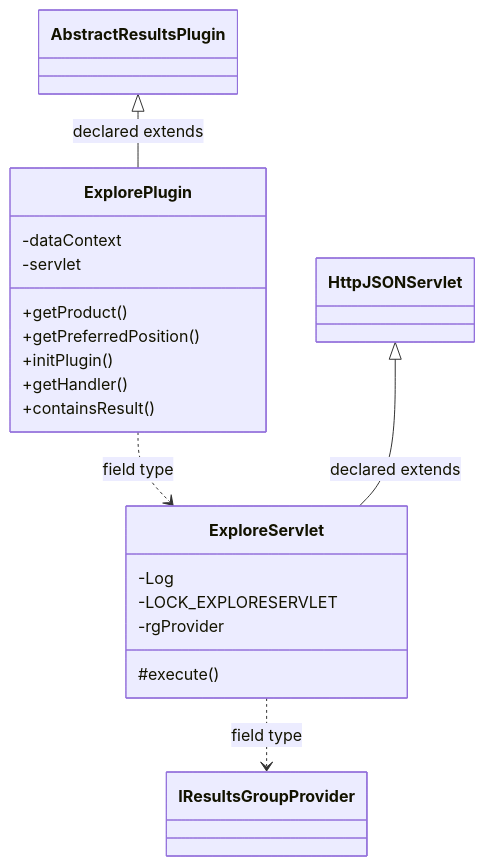
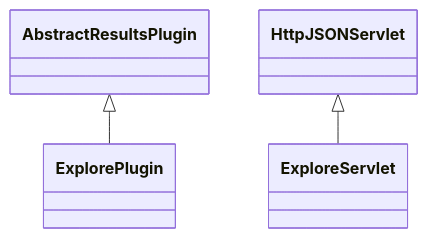
The diagram in docs/sqx/Results/ResultsExplore.md (haruperi/HaruQuantAI), drawn with Mermaid before and after one commit. The commit also changed other lines of this file and 1688 other files, not shown here.

````diff
--- a/docs/sqx/Results/ResultsExplore.md
+++ b/docs/sqx/Results/ResultsExplore.md
@@ -30,25 +26,9 @@
 ```mermaid
 classDiagram
-    class C09a12b66f042["ExplorePlugin"] {
-        -dataContext
-        -servlet
-        +getProduct()
-        +getPreferredPosition()
-        +initPlugin()
-        +getHandler()
-        +containsResult()
-    }
-    class Cc068d816f529["ExploreServlet"] {
-        -Log
-        -LOCK_EXPLORESERVLET
-        -rgProvider
-        #execute()
-    }
-    class C180e0c3f58c3["AbstractResultsPlugin"]
-    class C9ceba9ba4bac["IResultsGroupProvider"]
-    class C8900f90ae594["HttpJSONServlet"]
-    C180e0c3f58c3 <|-- C09a12b66f042 : declared extends
-    C09a12b66f042 ..> Cc068d816f529 : field type
-    C8900f90ae594 <|-- Cc068d816f529 : declared extends
-    Cc068d816f529 ..> C9ceba9ba4bac : field type
+    class C0["ExplorePlugin"]
+    class C1["ExploreServlet"]
+    class E0["AbstractResultsPlugin"]
+    E0 <|-- C0
+    class E1["HttpJSONServlet"]
+    E1 <|-- C1
 ```
````
